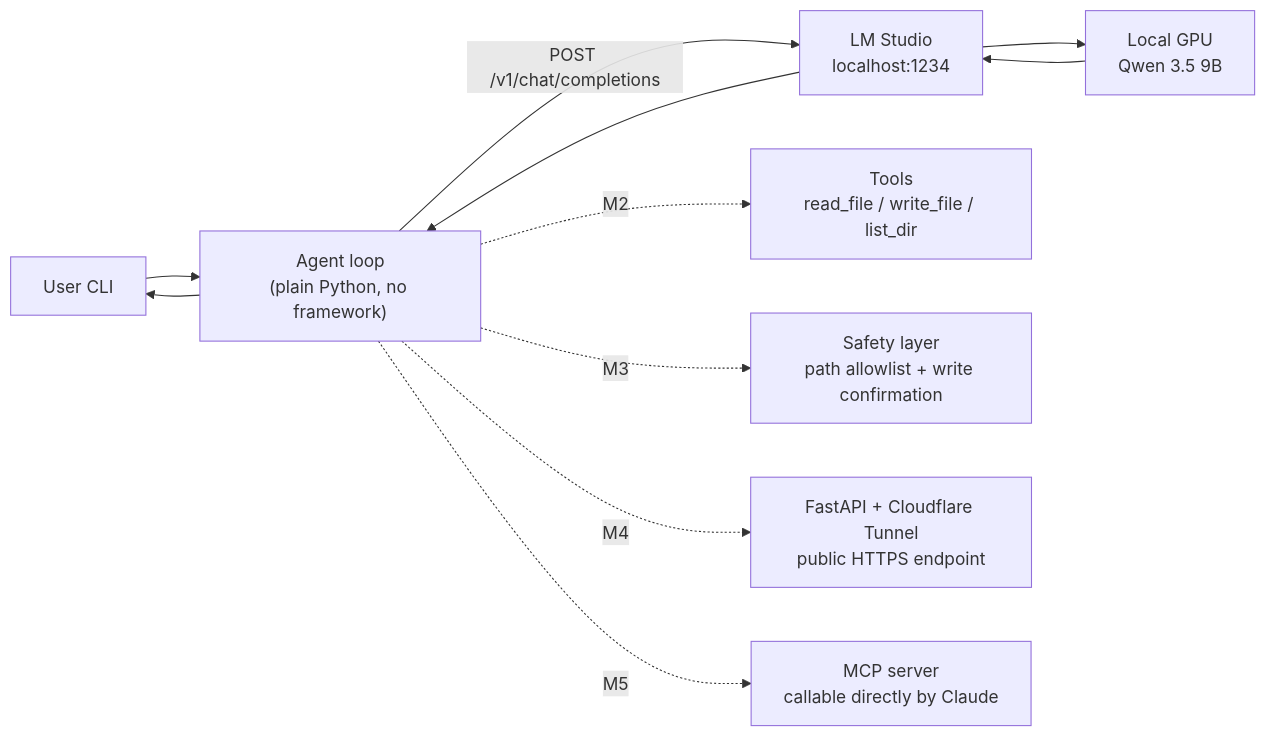
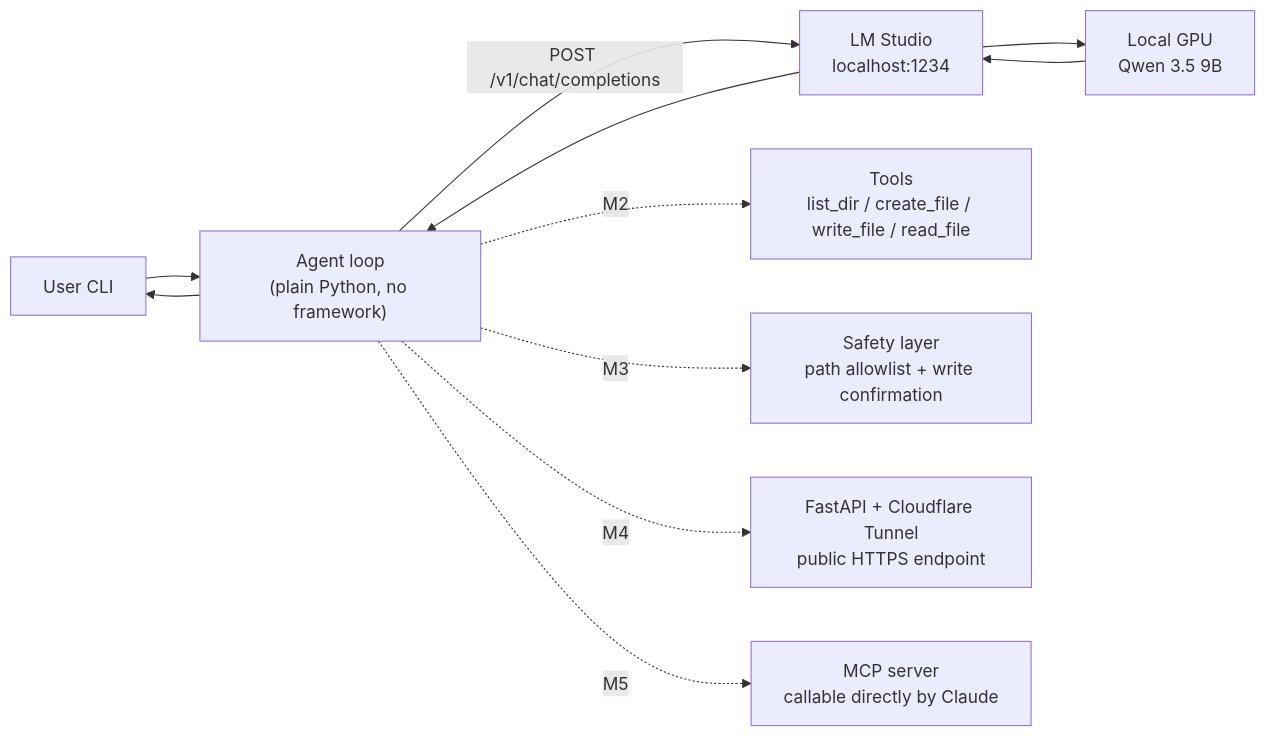
One commit to hjwanga/local-llm-agent changed the diagram in README.md. Above: the diagram before and after it, drawn with Mermaid. The commit also changed other lines of this file and 5 other files, not shown here.

````diff
--- a/README.md
+++ b/README.md
@@ -19,14 +19,14 @@
 ```mermaid
 flowchart LR
     U["User CLI"] --> A["Agent loop<br/>(plain Python, no framework)"]
     A -->|"POST /v1/chat/completions"| L["LM Studio<br/>localhost:1234"]
     L --> G["Local GPU<br/>Qwen 3.5 9B"]
     G --> L
     L --> A
     A --> U
 
-    A -.->|M2| T["Tools<br/>read_file / write_file / list_dir"]
+    A -.->|M2| T["Tools<br/>list_dir / create_file / write_file / read_file"]
     A -.->|M3| S["Safety layer<br/>path allowlist + write confirmation"]
     A -.->|M4| F["FastAPI + Cloudflare Tunnel<br/>public HTTPS endpoint"]
     A -.->|M5| M["MCP server<br/>callable directly by Claude"]
 ```
````
